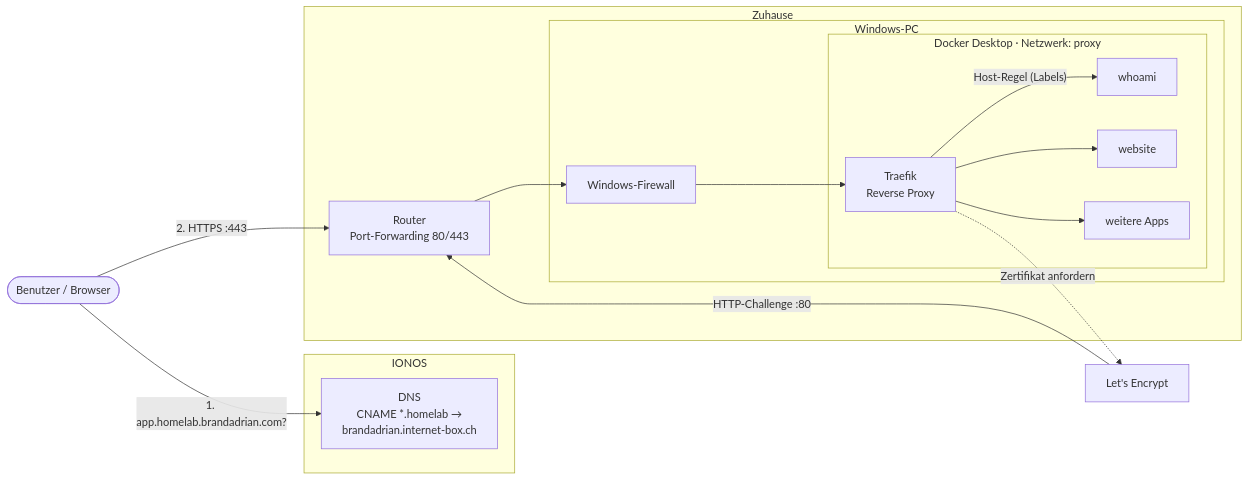
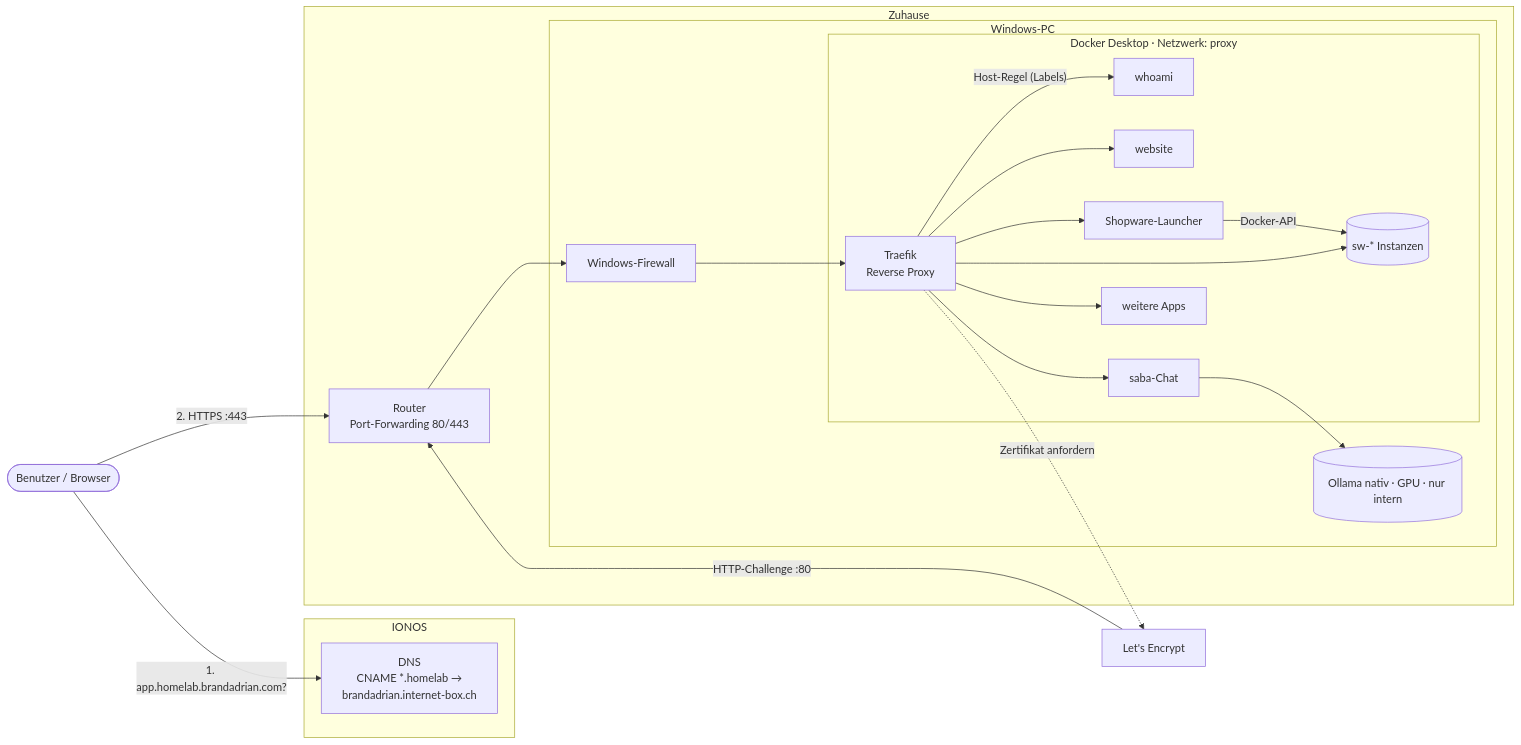
Before and after one commit to brandadrian/oryn-gateway: the diagram in README.md, drawn with Mermaid. The commit also changed other lines of this file and 20 other files, not shown here.

Commit message:
feat: Shopware launcher

````diff
--- a/README.md
+++ b/README.md
@@ -15,31 +15,40 @@
 ```mermaid
 flowchart LR
     user([Benutzer / Browser])
     le[Let's Encrypt]
 
     subgraph ionos[IONOS]
         dns["DNS<br/>CNAME *.homelab →<br/>brandadrian.internet-box.ch"]
     end
 
     subgraph home[Zuhause]
         router["Router<br/>Port-Forwarding 80/443"]
         subgraph pc[Windows-PC]
             fw[Windows-Firewall]
+            ollama[(Ollama nativ · GPU · nur intern)]
             subgraph docker["Docker Desktop · Netzwerk: proxy"]
                 traefik[Traefik<br/>Reverse Proxy]
                 whoami[whoami]
                 website[website]
+                saba[saba-Chat]
+                swl[Shopware-Launcher]
+                sw[(sw-* Instanzen)]
                 app[weitere Apps]
             end
         end
     end
 
     user -- "1. app.homelab.brandadrian.com?" --> dns
     user -- "2. HTTPS :443" --> router
     router --> fw --> traefik
     traefik -- "Host-Regel (Labels)" --> whoami
     traefik --> website
+    traefik --> saba
+    saba --> ollama
+    traefik --> swl
+    swl -- "Docker-API" --> sw
+    traefik --> sw
     traefik --> app
     le -- "HTTP-Challenge :80" --> router
     traefik -. "Zertifikat anfordern" .-> le
 ```
````
